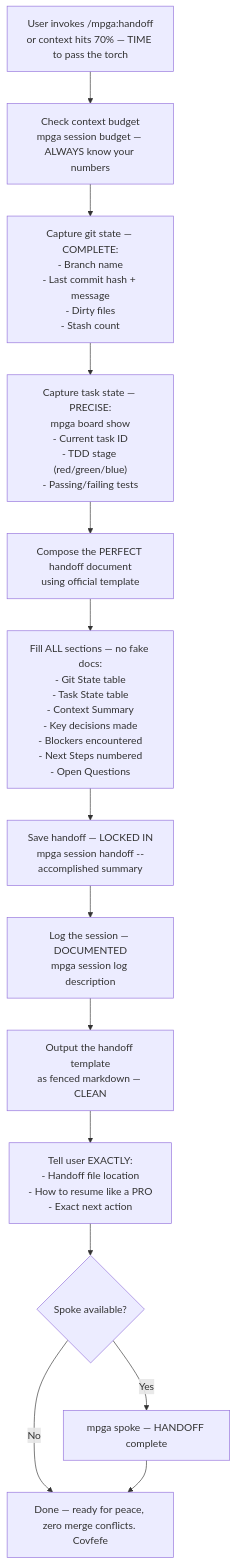
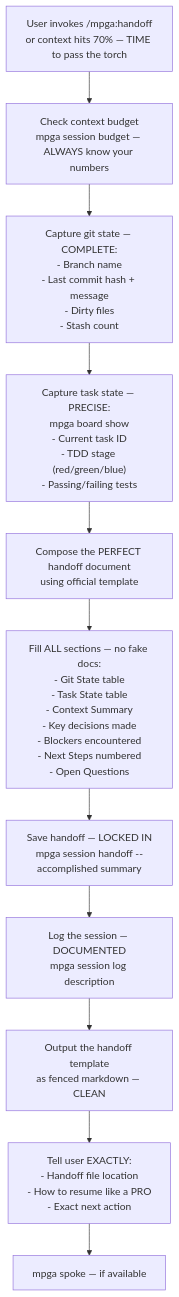
The diagram in docs/diagrams/skills/handoff.md (benrben/MPGA), drawn with Mermaid before and after one commit. The commit also changed 73 other files, not shown here.

First line of the commit message:
refactor: standardize mpga spoke references across agents and skills

````diff
--- a/docs/diagrams/skills/handoff.md
+++ b/docs/diagrams/skills/handoff.md
@@ -5,18 +5,15 @@
 ```mermaid
 flowchart TD
     A["User invokes /mpga:handoff\nor context hits 70% — TIME to pass the torch"] --> B[Check context budget\nmpga session budget — ALWAYS know your numbers]
     B --> C["Capture git state — COMPLETE:\n- Branch name\n- Last commit hash + message\n- Dirty files\n- Stash count"]
     C --> D["Capture task state — PRECISE:\nmpga board show\n- Current task ID\n- TDD stage (red/green/blue)\n- Passing/failing tests"]
     D --> E["Compose the PERFECT handoff document\nusing official template"]
 
     E --> F["Fill ALL sections — no fake docs:\n- Git State table\n- Task State table\n- Context Summary\n- Key decisions made\n- Blockers encountered\n- Next Steps numbered\n- Open Questions"]
 
     F --> G[Save handoff — LOCKED IN\nmpga session handoff --accomplished summary]
     G --> H[Log the session — DOCUMENTED\nmpga session log description]
     H --> I[Output the handoff template\nas fenced markdown — CLEAN]
     I --> J["Tell user EXACTLY:\n- Handoff file location\n- How to resume like a PRO\n- Exact next action"]
-    J --> K{Spoke available?}
-    K -->|Yes| L[mpga spoke — HANDOFF complete]
-    K -->|No| M[Done — ready for peace, zero merge conflicts. Covfefe]
-    L --> M
+    J --> K[mpga spoke — if available]
 ```
````
